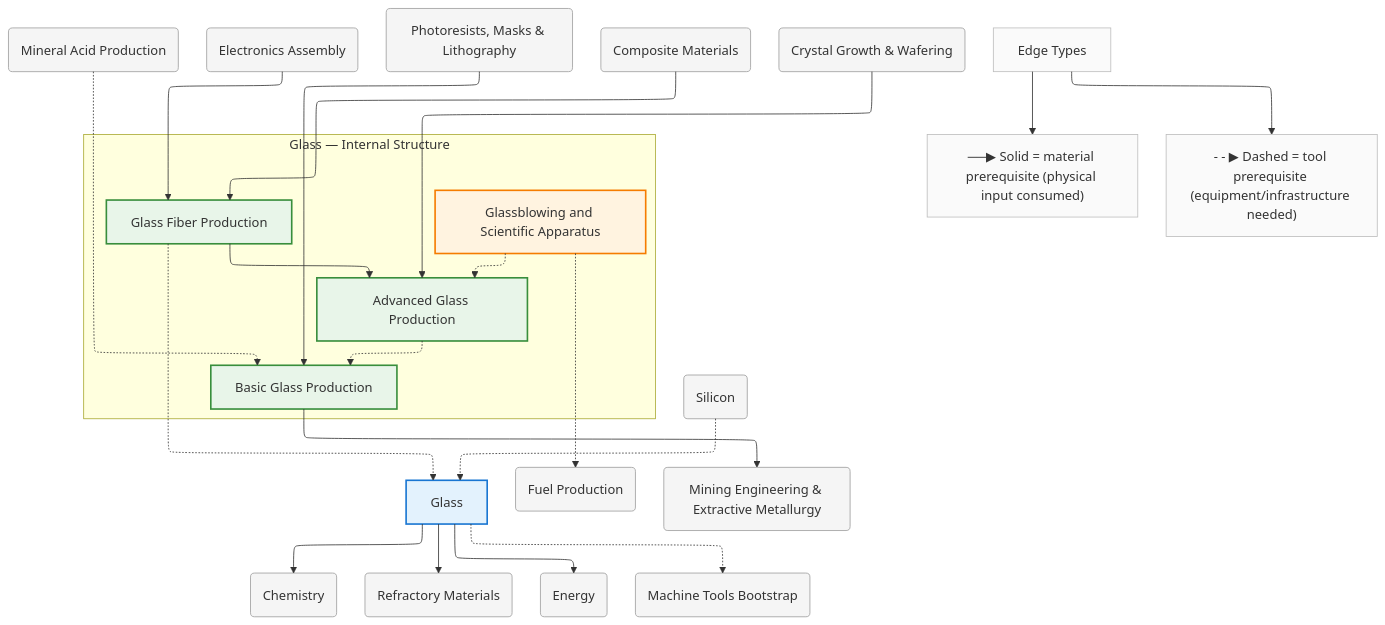
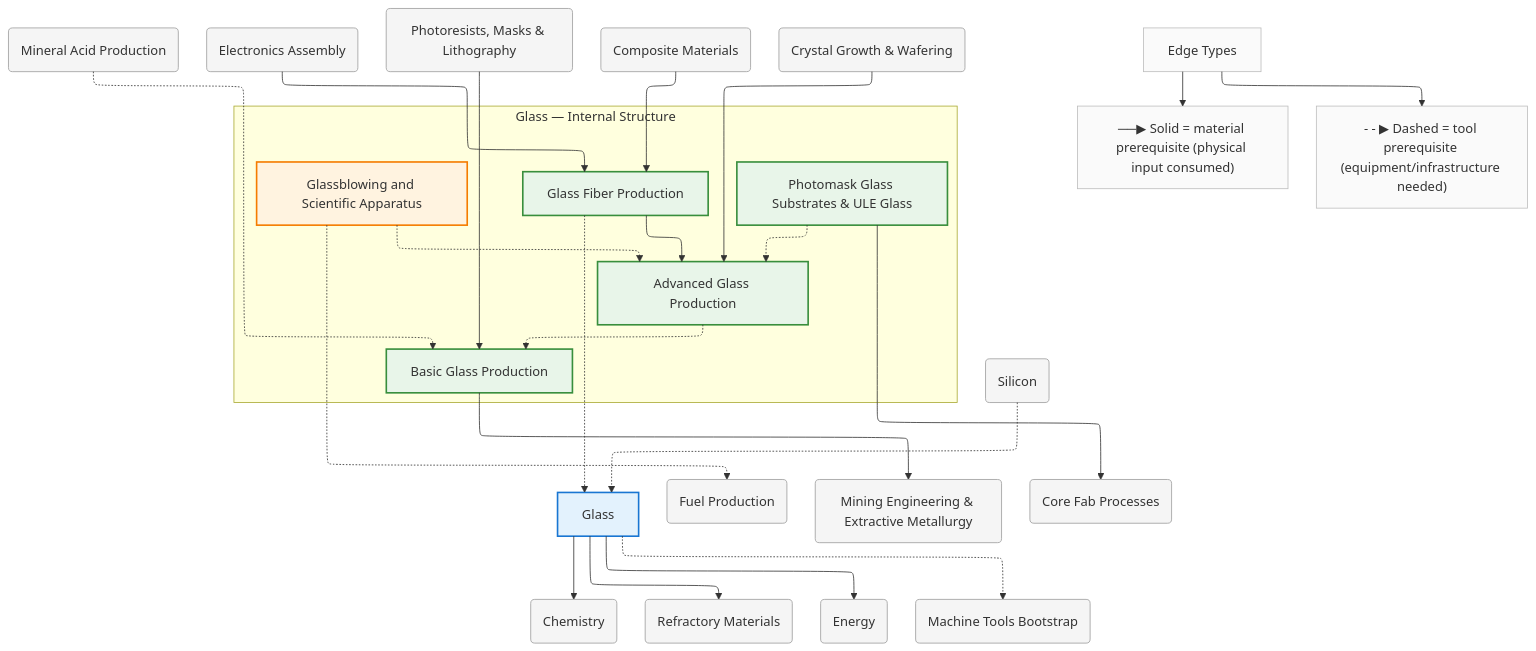
The diagram in diagrams/mermaid/glass.mmd (egofree/TechTree), drawn with Mermaid before and after one commit. The commit also changed 29 other files, not shown here.

```diff
--- a/diagrams/mermaid/glass.mmd
+++ b/diagrams/mermaid/glass.mmd
@@ -1,80 +1,86 @@
 %%{init: {"flowchart": {"defaultRenderer": "elk", "htmlLabels": true}}}%%
 graph TD
     %% Domain: Glass
 
     %% ==================== INTERNAL NODES ====================
     subgraph glass_internal ["Glass — Internal Structure"]
         direction TB
         glass_basic["Basic Glass Production"]
         glass_advanced["Advanced Glass Production"]
         glass_advanced_glassblowing["Glassblowing and Scientific Apparatus"]
         glass_fibers["Glass Fiber Production"]
+        glass_photomask-substrates["Photomask Glass Substrates & ULE Glass"]
     end
 
     %% ==================== DOMAIN NODE ====================
     glass["Glass"]
 
     %% ==================== EXTERNAL DEPENDENCIES ====================
     chemistry("Chemistry")
     chemistry_acids("Mineral Acid Production")
     chemistry_refractories("Refractory Materials")
     electronics_assembly("Electronics Assembly")
     energy("Energy")
     energy_fuels("Fuel Production")
     machine-tools("Machine Tools Bootstrap")
     mining("Mining Engineering & Extractive Metallurgy")
+    photolithography_fab-processes("Core Fab Processes")
     photolithography_resists-masks("Photoresists, Masks & Lithography")
     polymers_composites("Composite Materials")
     silicon("Silicon")
     silicon_crystal-growth("Crystal Growth & Wafering")
 
     %% ==================== EDGES ====================
     glass_advanced -.-> glass_basic
     glass_advanced_glassblowing -.-> glass_advanced
     glass_fibers -.-> glass
     glass_fibers --> glass_advanced
+    glass_photomask-substrates -.-> glass_advanced
     glass_basic --> mining
     chemistry_acids -.-> glass_basic
     glass -.-> machine-tools
     glass --> energy
     glass --> chemistry
     silicon -.-> glass
     silicon_crystal-growth --> glass_advanced
     glass_advanced_glassblowing -.-> energy_fuels
     glass --> chemistry_refractories
     polymers_composites --> glass_fibers
     photolithography_resists-masks --> glass_basic
     electronics_assembly --> glass_fibers
+    glass_photomask-substrates --> photolithography_fab-processes
 
     %% ==================== EDGE TYPE LEGEND ====================
     EdgeLegend["Edge Types"]
     EdgeLegend --> MatNote["──▶ Solid = material prerequisite (physical input consumed)"]
     EdgeLegend --> ToolNote["- - ▶ Dashed = tool prerequisite (equipment/infrastructure needed)"]
 
     %% ==================== STYLING ====================
     classDef domain fill:#e3f2fd,stroke:#1976d2,stroke-width:2px
     classDef capability fill:#e8f5e9,stroke:#388e3c,stroke-width:2px
     classDef process fill:#fff3e0,stroke:#f57c00,stroke-width:2px
     classDef critical fill:#fff3e0,stroke:#f57c00,stroke-width:3px
     classDef earlyWin fill:#e8f5e9,stroke:#388e3c,stroke-width:3px
     classDef pinnacle fill:#fce4ec,stroke:#c62828,stroke-width:3px
     classDef external fill:#f5f5f5,stroke:#9e9e9e,stroke-width:1px
     classDef legend fill:#fafafa,stroke:#bdbdbd,stroke-width:1px
     class glass domain
     class glass_basic capability
     class glass_advanced capability
     class glass_advanced_glassblowing process
     class glass_fibers capability
+    class glass_photomask-substrates capability
     class chemistry external
     class chemistry_acids external
     class chemistry_refractories external
     class electronics_assembly external
     class energy external
     class energy_fuels external
     class machine-tools external
     class mining external
+    class photolithography_fab-processes external
     class photolithography_resists-masks external
     class polymers_composites external
     class silicon external
     class silicon_crystal-growth external
     class EdgeLegend,MatNote,ToolNote legend
```
